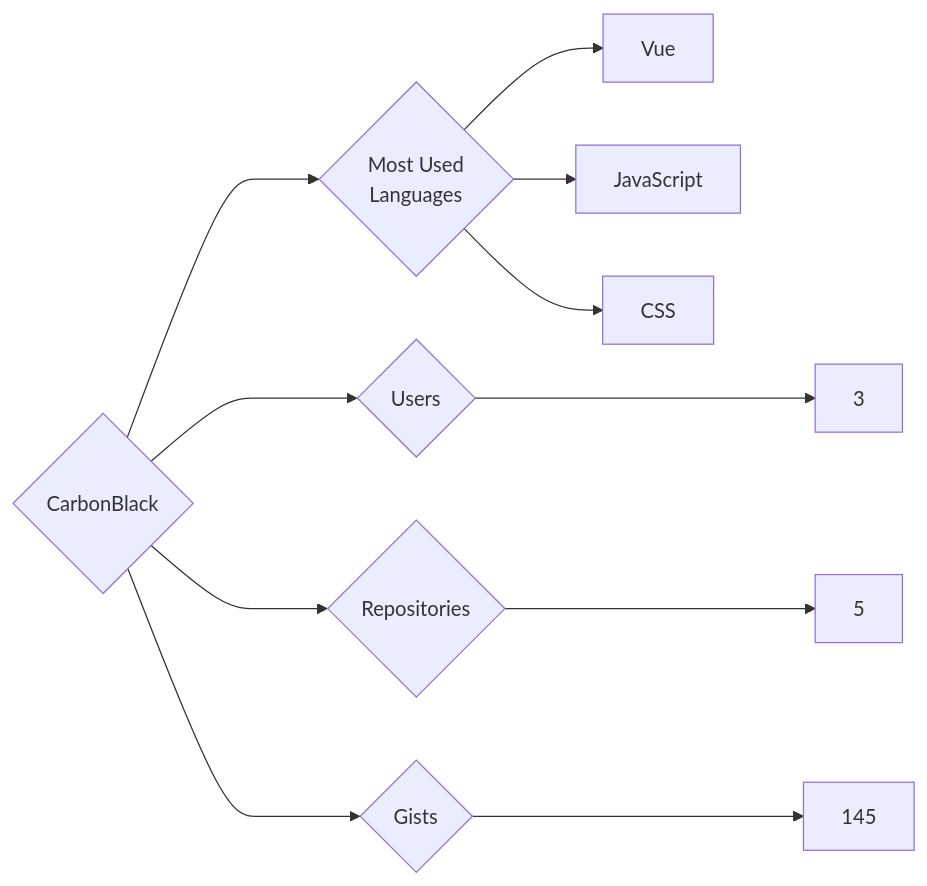
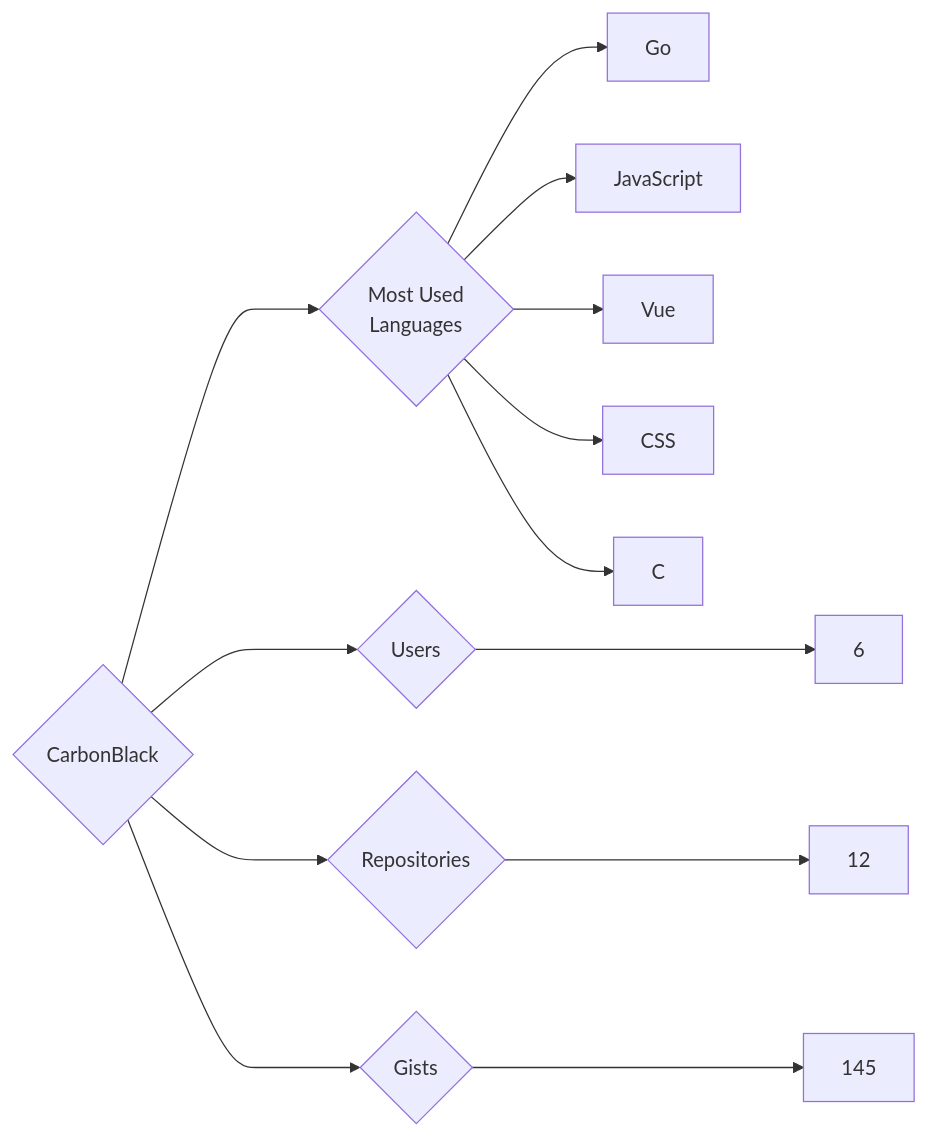
One commit to trickest/insiders changed the diagram in targets/CarbonBlack/README.md. Above: the diagram before and after it, drawn with Mermaid. The commit also changed 1007 other files, not shown here.

````diff
--- a/targets/CarbonBlack/README.md
+++ b/targets/CarbonBlack/README.md
@@ -3,11 +3,13 @@
 ```mermaid
 graph LR
 COMPANY_NAME{CarbonBlack}
-COMPANY_NAME ---> U{Users} ---> UN[3]
-COMPANY_NAME ---> R{Repositories} ---> RN[5]
+COMPANY_NAME ---> U{Users} ---> UN[6]
+COMPANY_NAME ---> R{Repositories} ---> RN[12]
 COMPANY_NAME ---> G{Gists} ---> GN[145]
 COMPANY_NAME ---> ML{Most Used<br>Languages}
+ML --> Go[Go]
+ML --> JavaScript[JavaScript]
 ML --> Vue[Vue]
-ML --> JavaScript[JavaScript]
 ML --> CSS[CSS]
+ML --> C[C]
 ```
````
